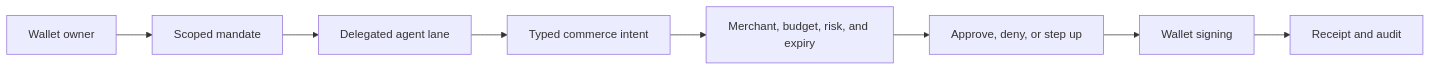
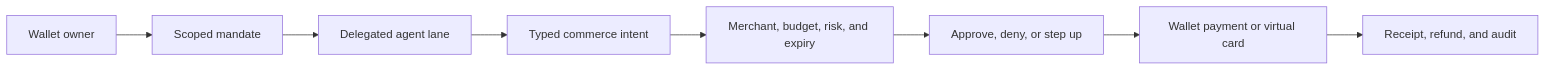
One commit to seams-tech/seams-sdk changed the diagram in apps/docs/src/use-cases/ecommerce-agents.md. Above: the diagram before and after it, drawn with Mermaid. The commit also changed other lines of this file and 27 other files, not shown here.

````diff
--- a/apps/docs/src/use-cases/ecommerce-agents.md
+++ b/apps/docs/src/use-cases/ecommerce-agents.md
@@ -21,10 +21,10 @@
 ```mermaid
 flowchart LR
   Owner["Wallet owner"] --> Mandate["Scoped mandate"]
   Mandate --> Agent["Delegated agent lane"]
   Agent --> Intent["Typed commerce intent"]
   Intent --> Policy["Merchant, budget, risk, and expiry"]
   Policy --> Approval["Approve, deny, or step up"]
-  Approval --> Payment["Wallet signing"]
-  Payment --> Audit["Receipt and audit"]
+  Approval --> Rail["Wallet payment or virtual card"]
+  Rail --> Audit["Receipt, refund, and audit"]
 ```
````
